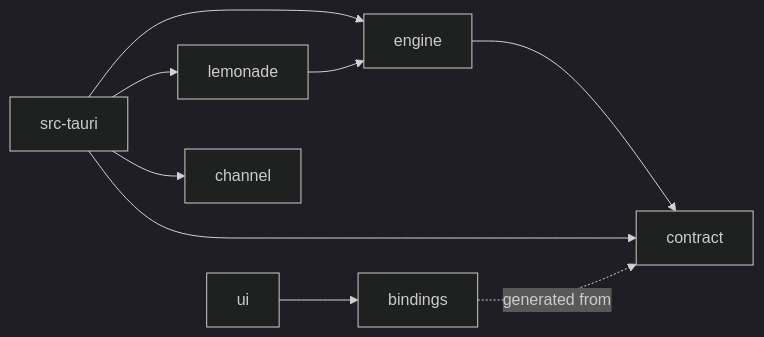
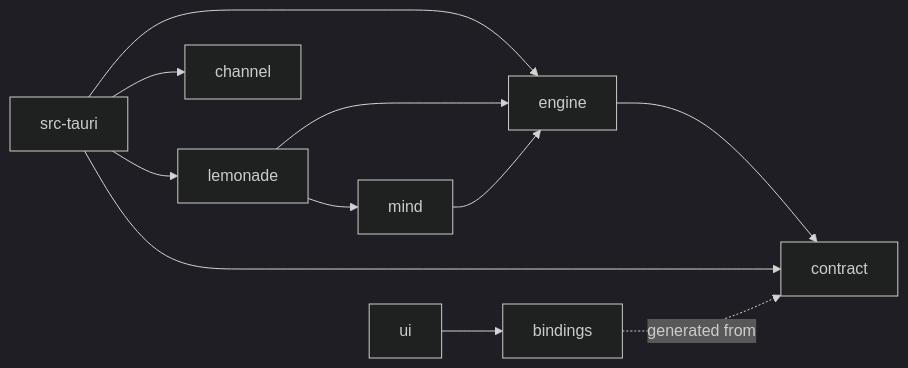
The diagram in docs/architecture/layout.md (agync/nocturne), drawn with Mermaid (dark theme) before and after one commit. The commit also changed other lines of this file and 23 other files, not shown here.

````diff
--- a/docs/architecture/layout.md
+++ b/docs/architecture/layout.md
@@ -26,11 +27,13 @@
 ```mermaid
 flowchart LR
     UI[ui] --> B[bindings]
     APP[src-tauri] --> ENG[engine]
     APP --> LEM[lemonade]
+    LEM --> MIND[mind]
     LEM --> ENG
+    MIND --> ENG
     ENG --> C[contract]
     APP --> C
     APP --> CH[channel]
     B -. generated from .-> C
 ```
````
